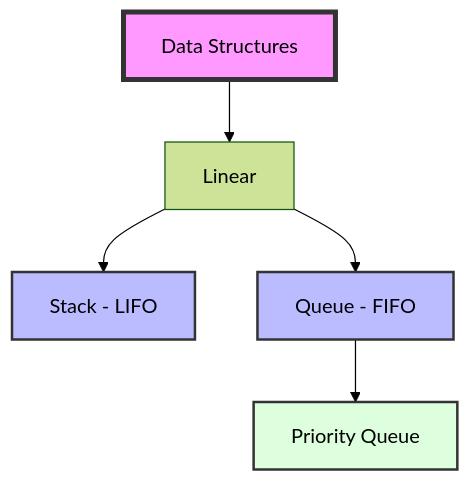
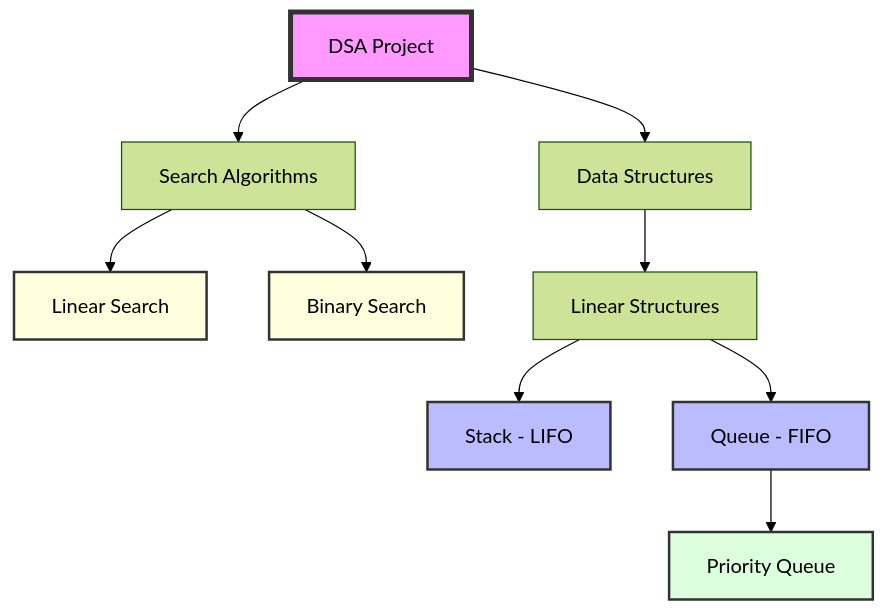
Before and after one commit to ahmedGHtarek0/Data-Structure: the diagram in README.md, drawn with Mermaid (forest theme). The commit also changed other lines of this file and 4 other files, not shown here.

Commit message:
Add advanced guides for Linear Search and Binary Search, and update main README

````diff
--- a/README.md
+++ b/README.md
@@ -42,12 +44,20 @@
 ```mermaid
 graph TD
-    DSA[Data Structures] --> Linear[Linear]
+    DSA[DSA Project] --> Search[Search Algorithms]
+    DSA --> DS[Data Structures]
+    
+    Search --> LS[Linear Search]
+    Search --> BS[Binary Search]
+    
+    DS --> Linear[Linear Structures]
     Linear --> S[Stack - LIFO]
     Linear --> Q[Queue - FIFO]
     Q --> PQ[Priority Queue]
     
     style DSA fill:#f9f,stroke:#333,stroke-width:4px
+    style LS fill:#ffd,stroke:#333,stroke-width:2px
+    style BS fill:#ffd,stroke:#333,stroke-width:2px
     style S fill:#bbf,stroke:#333,stroke-width:2px
     style Q fill:#bbf,stroke:#333,stroke-width:2px
     style PQ fill:#dfd,stroke:#333,stroke-width:2px
 ```
````
